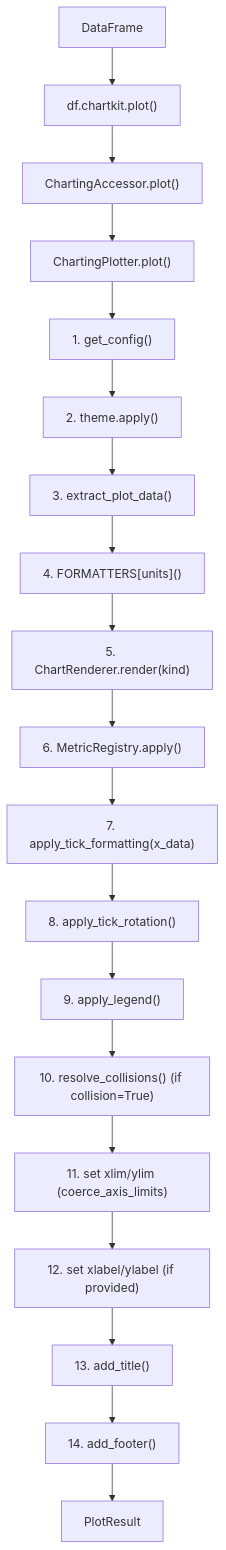
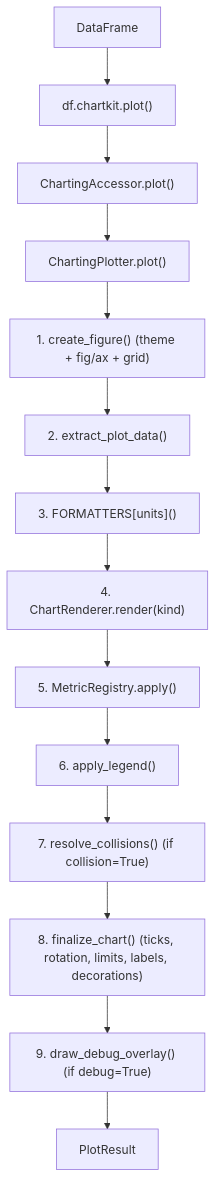
One commit to enzoomoreira/chartkit changed the diagram in docs/contributing/architecture.md. Above: the diagram before and after it, drawn with Mermaid. The commit also changed other lines of this file and 21 other files, not shown here.

````diff
--- a/docs/contributing/architecture.md
+++ b/docs/contributing/architecture.md
@@ -91,22 +93,17 @@
 ```mermaid
 flowchart TD
     A[DataFrame] --> B["df.chartkit.plot()"]
     B --> C["ChartingAccessor.plot()"]
     C --> D["ChartingPlotter.plot()"]
 
-    D --> D1["1. get_config()"]
-    D1 --> D2["2. theme.apply()"]
-    D2 --> D3["3. extract_plot_data()"]
-    D3 --> D4["4. FORMATTERS[units]()"]
-    D4 --> D5["5. ChartRenderer.render(kind)"]
-    D5 --> D6["6. MetricRegistry.apply()"]
-    D6 --> D6c["7. apply_tick_formatting(x_data)"]
-    D6c --> D6d["8. apply_tick_rotation()"]
-    D6d --> D6b["9. apply_legend()"]
-    D6b --> D7["10. resolve_collisions() (if collision=True)"]
-    D7 --> D7a["11. set xlim/ylim (coerce_axis_limits)"]
-    D7a --> D7b["12. set xlabel/ylabel (if provided)"]
-    D7b --> D8["13. add_title()"]
-    D8 --> D9["14. add_footer()"]
+    D --> D1["1. create_figure() (theme + fig/ax + grid)"]
+    D1 --> D3["2. extract_plot_data()"]
+    D3 --> D4["3. FORMATTERS[units]()"]
+    D4 --> D5["4. ChartRenderer.render(kind)"]
+    D5 --> D6["5. MetricRegistry.apply()"]
+    D6 --> D6b["6. apply_legend()"]
+    D6b --> D7["7. resolve_collisions() (if collision=True)"]
+    D7 --> D8["8. finalize_chart() (ticks, rotation, limits, labels, decorations)"]
+    D8 --> D9["9. draw_debug_overlay() (if debug=True)"]
     D9 --> E["PlotResult"]
 ```
````
